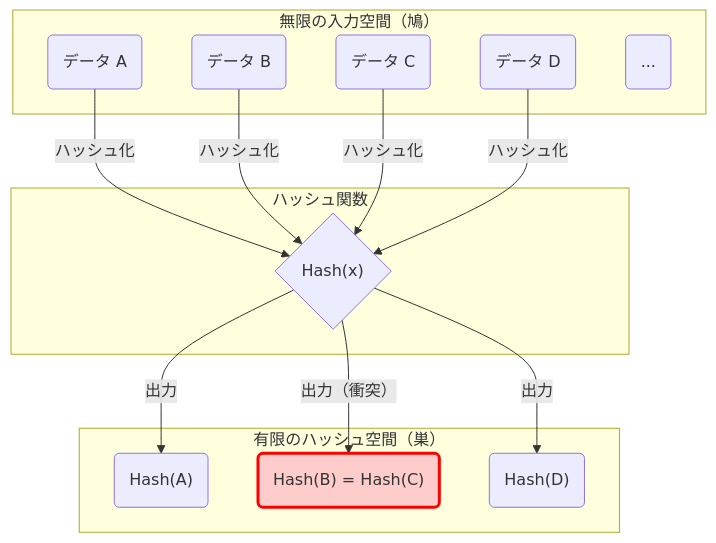
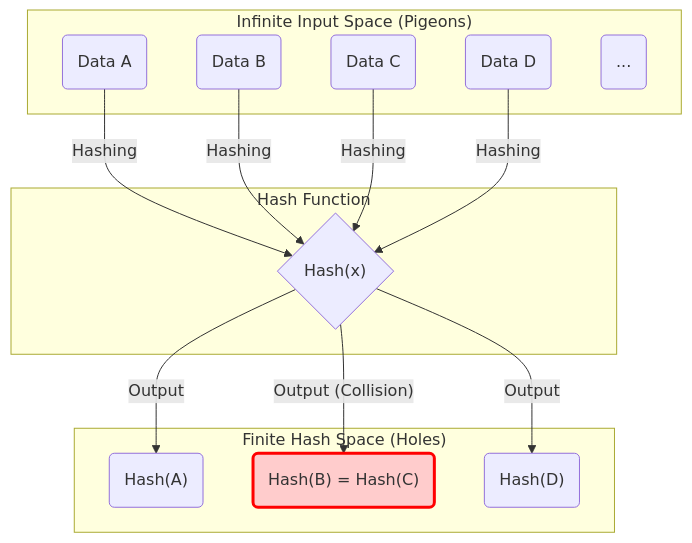
The first of 3 diagrams in content/post/pigeonhole-principle-hash-collision/index.en.md (kenjinote/blog), drawn with Mermaid before and after one commit. The commit also changed other lines of this file and 28 other files, not shown here.

Commit message:
Translate Japanese text inside Mermaid diagrams to respective languages

````diff
--- a/content/post/pigeonhole-principle-hash-collision/index.en.md
+++ b/content/post/pigeonhole-principle-hash-collision/index.en.md
@@ -70,31 +70,31 @@
 ```mermaid
 graph TD
-    subgraph "無限の入力空間（鳩）"
-        A("データ A")
-        B("データ B")
-        C("データ C")
-        D("データ D")
+    subgraph "Infinite Input Space (Pigeons)"
+        A("Data A")
+        B("Data B")
+        C("Data C")
+        D("Data D")
         E("...")
     end
 
-    subgraph "ハッシュ関数"
+    subgraph "Hash Function"
         H{"Hash(x)"}
     end
 
-    subgraph "有限のハッシュ空間（巣）"
+    subgraph "Finite Hash Space (Holes)"
         V1("Hash(A)")
         V2("Hash(B) = Hash(C)")
         V3("Hash(D)")
     end
 
-    A -->|"ハッシュ化"| H
-    B -->|"ハッシュ化"| H
-    C -->|"ハッシュ化"| H
-    D -->|"ハッシュ化"| H
+    A -->|"Hashing"| H
+    B -->|"Hashing"| H
+    C -->|"Hashing"| H
+    D -->|"Hashing"| H
 
-    H -->|"出力"| V1
-    H -->|"出力（衝突）"| V2
-    H -->|"出力"| V3
+    H -->|"Output"| V1
+    H -->|"Output (Collision)"| V2
+    H -->|"Output"| V3
 
     style V2 fill:#ffcccc,stroke:#ff0000,stroke-width:3px;
 ```
````
